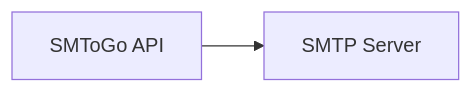
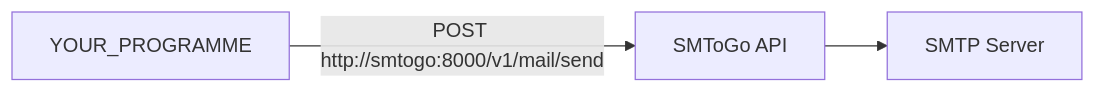
Before and after one commit to hnrobert/smtogo: the diagram in README.md, drawn with Mermaid. The commit also changed other lines of this file and 1 other file, not shown here.

````diff
--- a/README.md
+++ b/README.md
@@ -144,4 +144,4 @@
 ```mermaid
 flowchart LR
-    A[SMToGo API] --> B[SMTP Server]
+   A[YOUR_PROGRAMME] -- POST http://smtogo:8000/v1/mail/send --> B[SMToGo API] --> C[SMTP Server]
 ```
````
